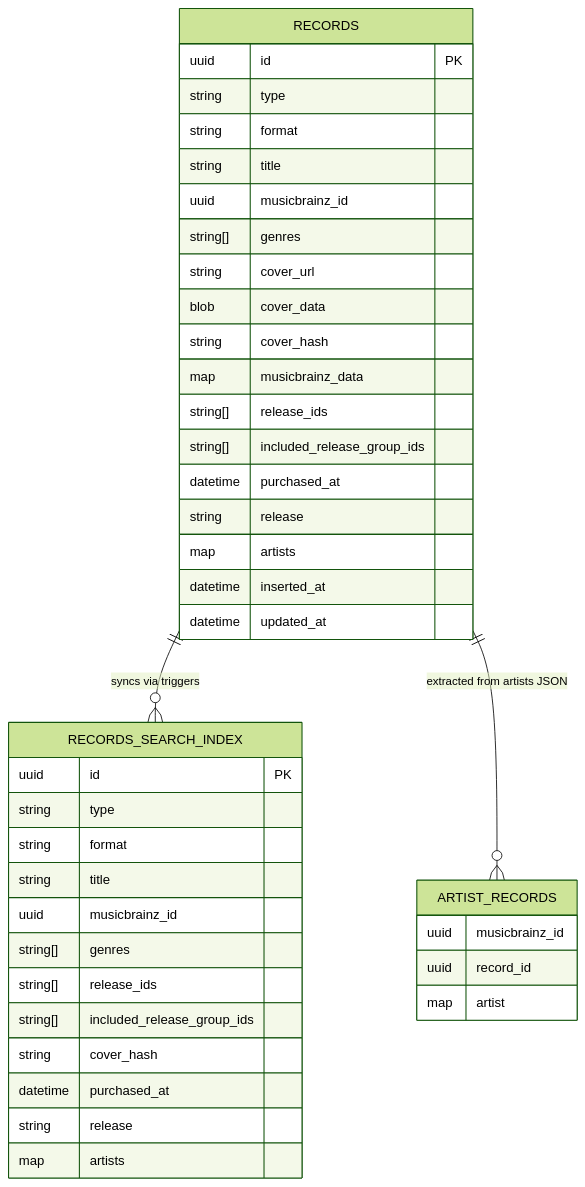
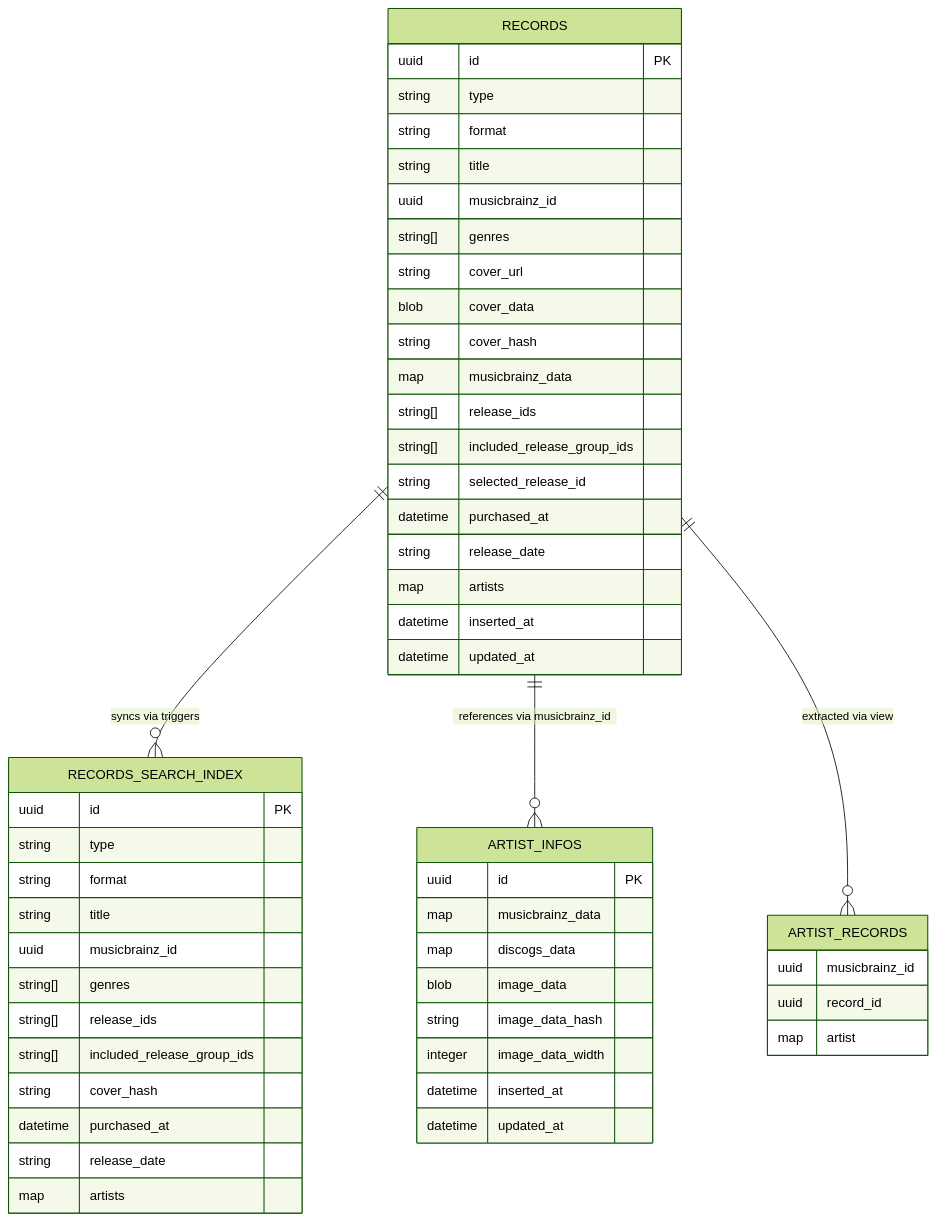
Before and after one commit to cloud8421/music_library: the diagram in docs/database_structure.md, drawn with Mermaid (forest theme). The commit also changed other lines of this file, not shown here.

````diff
--- a/docs/database_structure.md
+++ b/docs/database_structure.md
@@ -22,46 +23,59 @@
 ```mermaid
 erDiagram
     RECORDS {
         uuid id PK
         string type
         string format
         string title
         uuid musicbrainz_id
         string[] genres
         string cover_url
         blob cover_data
         string cover_hash
         map musicbrainz_data
         string[] release_ids
         string[] included_release_group_ids
+        string selected_release_id
         datetime purchased_at
-        string release
+        string release_date
         map artists
         datetime inserted_at
         datetime updated_at
     }
 
     RECORDS_SEARCH_INDEX {
         uuid id PK
         string type
         string format
         string title
         uuid musicbrainz_id
         string[] genres
         string[] release_ids
         string[] included_release_group_ids
         string cover_hash
         datetime purchased_at
-        string release
+        string release_date
         map artists
+    }
+
+    ARTIST_INFOS {
+        uuid id PK
+        map musicbrainz_data
+        map discogs_data
+        blob image_data
+        string image_data_hash
+        integer image_data_width
+        datetime inserted_at
+        datetime updated_at
     }
 
     ARTIST_RECORDS {
         uuid musicbrainz_id
         uuid record_id
         map artist
     }
 
     RECORDS ||--o{ RECORDS_SEARCH_INDEX : "syncs via triggers"
-    RECORDS ||--o{ ARTIST_RECORDS : "extracted from artists JSON"
+    RECORDS ||--o{ ARTIST_INFOS : "references via musicbrainz_id"
+    RECORDS ||--o{ ARTIST_RECORDS : "extracted via view"
 ```
````
